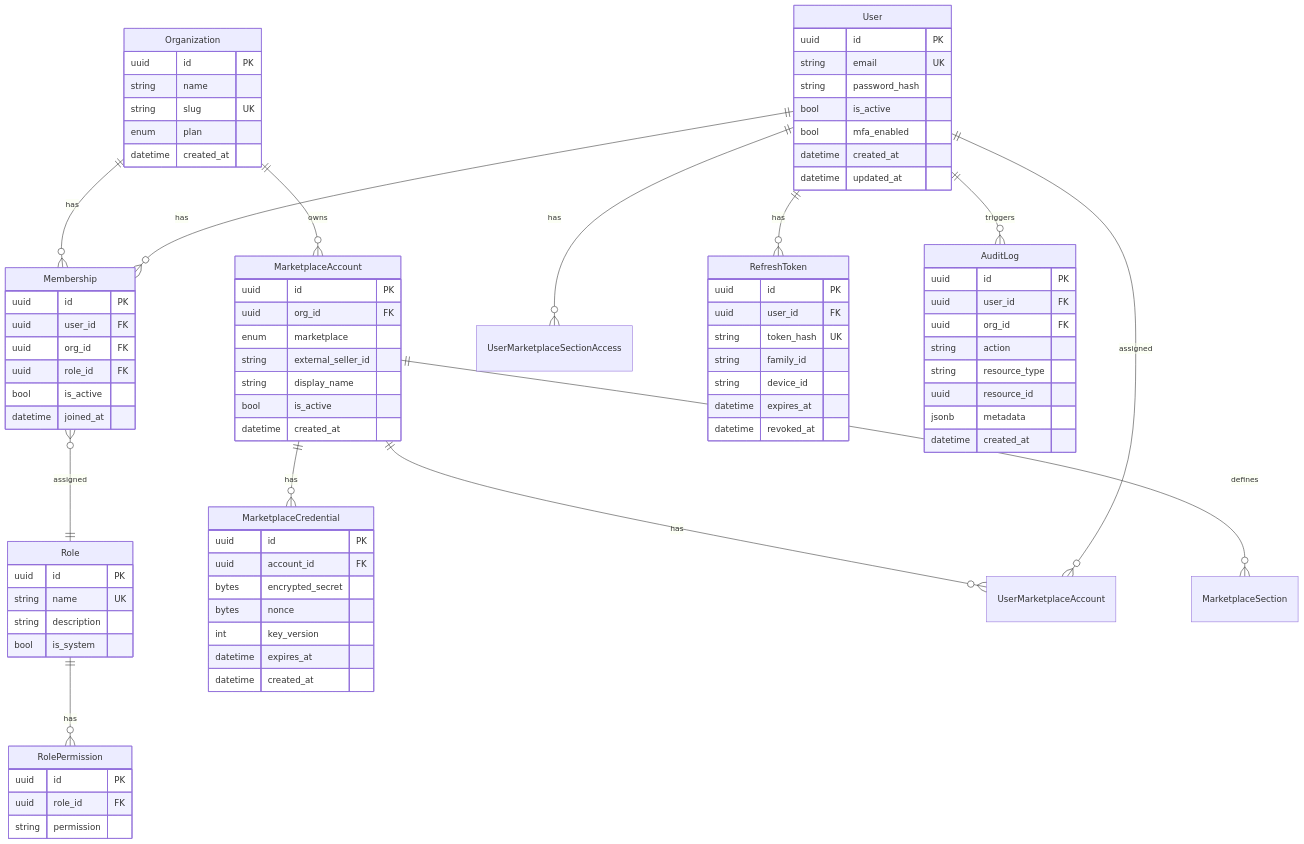
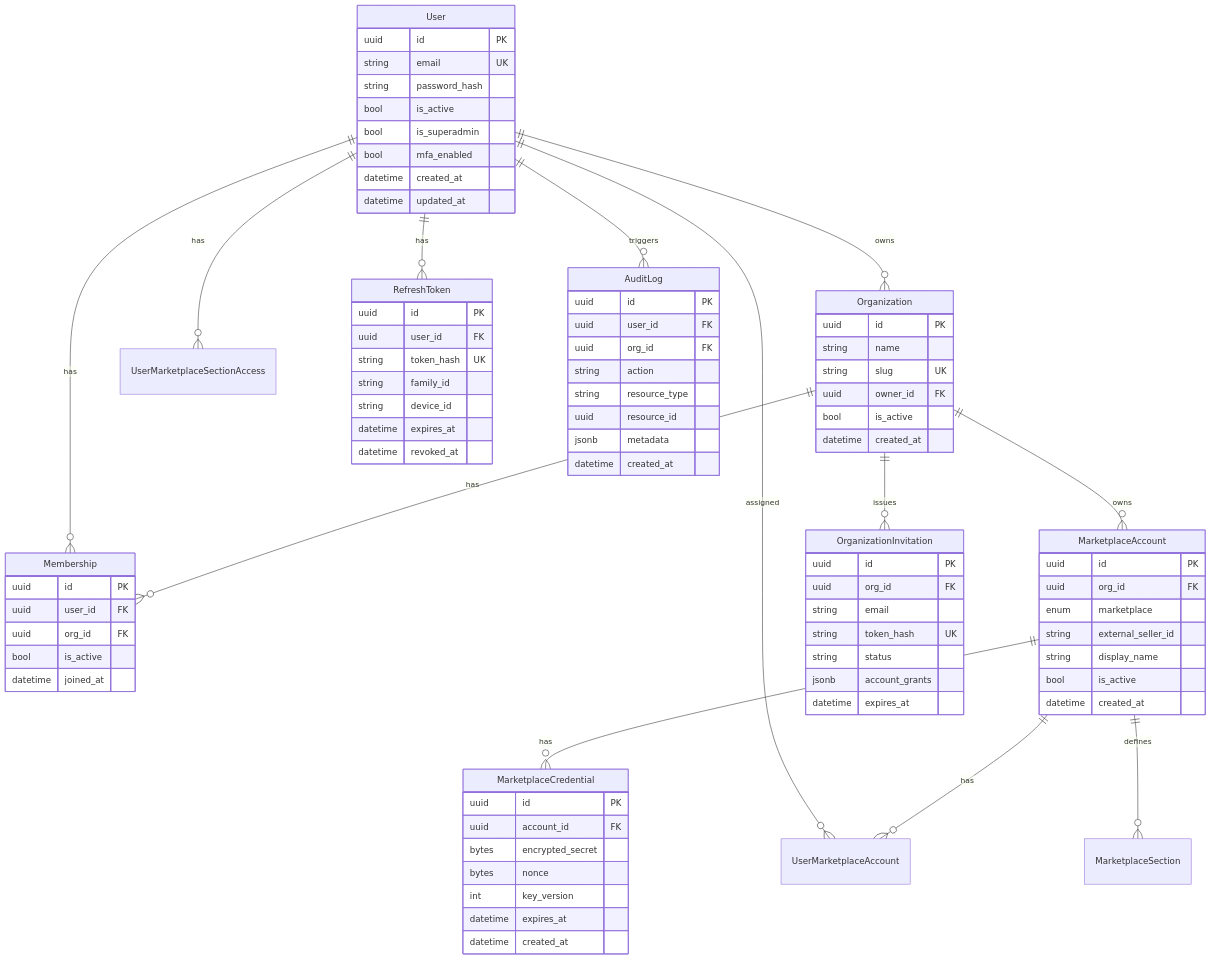
Before and after one commit to MarketHackerLabs/docs: the diagram in architecture/data-model.md, drawn with Mermaid. The commit also changed other lines of this file and 9 other files, not shown here.

````diff
--- a/architecture/data-model.md
+++ b/architecture/data-model.md
@@ -9,10 +15,10 @@
 ```mermaid
 erDiagram
+    User ||--o{ Organization : owns
     User ||--o{ Membership : has
     Organization ||--o{ Membership : has
     Organization ||--o{ MarketplaceAccount : owns
-    Role ||--o{ RolePermission : has
-    Membership }o--|| Role : assigned
+    Organization ||--o{ OrganizationInvitation : issues
     MarketplaceAccount ||--o{ MarketplaceCredential : has
     User ||--o{ UserMarketplaceAccount : assigned
     MarketplaceAccount ||--o{ UserMarketplaceAccount : has
@@ -26,6 +32,7 @@
         string email UK
         string password_hash
         bool is_active
+        bool is_superadmin
         bool mfa_enabled
         datetime created_at
         datetime updated_at
@@ -35,7 +42,8 @@
         uuid id PK
         string name
         string slug UK
-        enum plan
+        uuid owner_id FK
+        bool is_active
         datetime created_at
     }
 
@@ -43,22 +51,18 @@
         uuid id PK
         uuid user_id FK
         uuid org_id FK
-        uuid role_id FK
         bool is_active
         datetime joined_at
     }
 
-    Role {
+    OrganizationInvitation {
         uuid id PK
-        string name UK
-        string description
-        bool is_system
-    }
-
-    RolePermission {
-        uuid id PK
-        uuid role_id FK
-        string permission
+        uuid org_id FK
+        string email
+        string token_hash UK
+        string status
+        jsonb account_grants
+        datetime expires_at
     }
 
     MarketplaceAccount {
````
